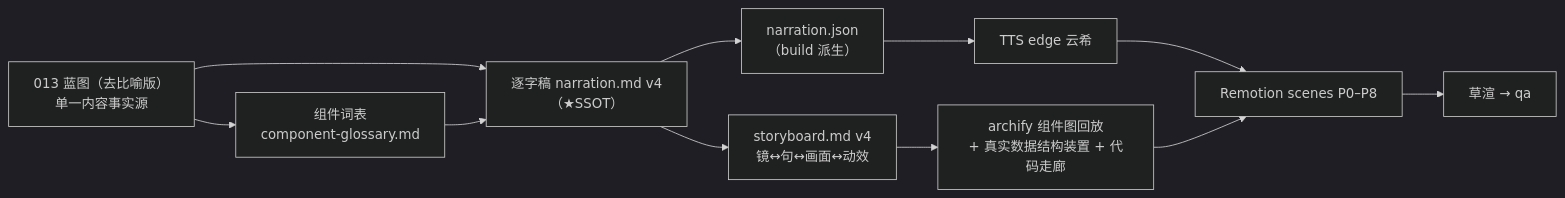
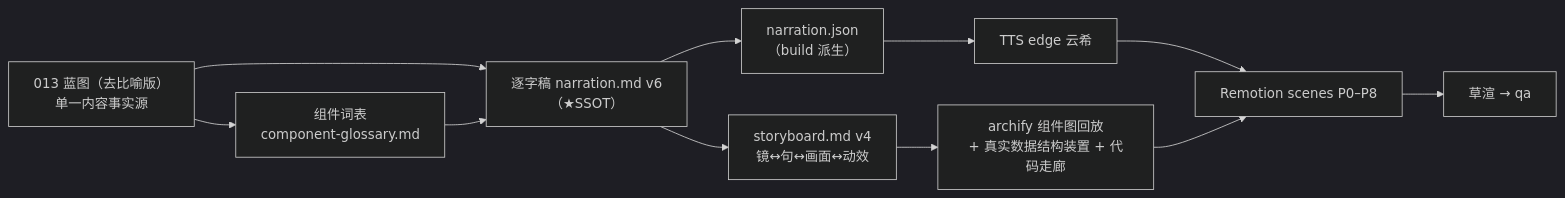
One commit to ThreeFish-AI/negentropy changed the diagram in apps/negentropy-influence/episodes/context-layer-video/script/planning.md. Above: the diagram before and after it, drawn with Mermaid (dark theme). The commit also changed other lines of this file and 48 other files, not shown here.

````diff
--- a/apps/negentropy-influence/episodes/context-layer-video/script/planning.md
+++ b/apps/negentropy-influence/episodes/context-layer-video/script/planning.md
@@ -74,13 +74,13 @@
 ```mermaid
 flowchart LR
     A["013 蓝图（去比喻版）<br/>单一内容事实源"] --> G["组件词表<br/>component-glossary.md"]
-    A --> B["逐字稿 narration.md v4<br/>（★SSOT）"]
+    A --> B["逐字稿 narration.md v6<br/>（★SSOT）"]
     G --> B
     B --> D["narration.json<br/>（build 派生）"]
     D --> E["TTS edge 云希"]
     B --> F["storyboard.md v4<br/>镜↔句↔画面↔动效"]
     F --> H["archify 组件图回放<br/>+ 真实数据结构装置 + 代码走廊"]
     E --> I["Remotion scenes P0–P8"]
     H --> I
     I --> J["草渲 → qa"]
 ```
````
